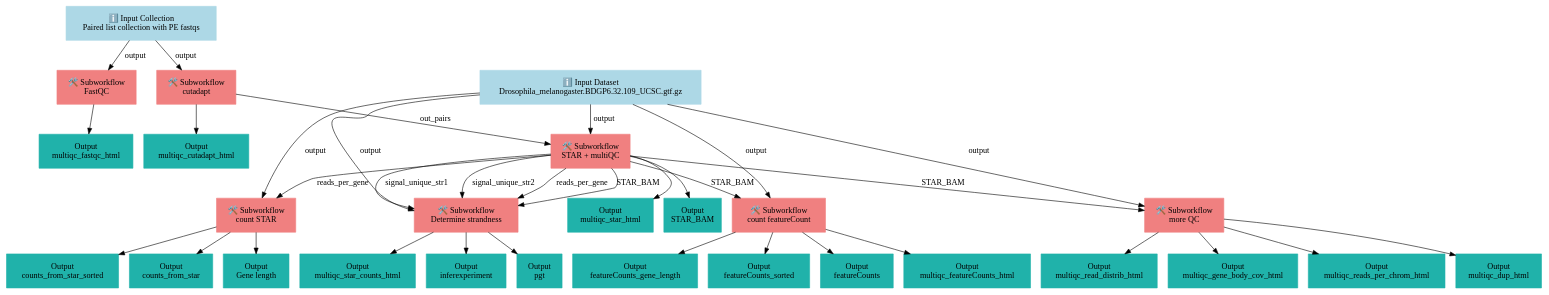
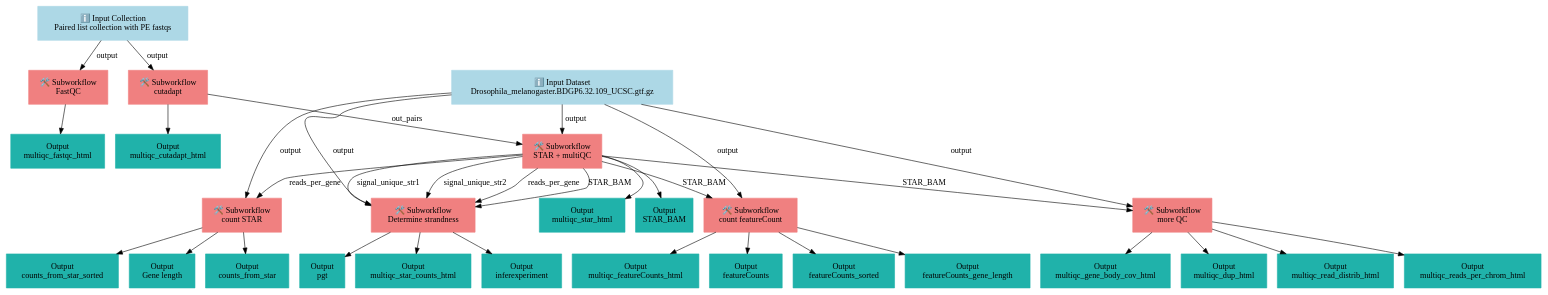
One commit to galaxyproject/training-material changed the diagram in api/workflows/transcriptomics/ref-based/qc-mapping-counting/graph.dot. Above: the diagram before and after it, drawn with Graphviz. The commit also changed other lines of this file and 8333 other files, not shown here.

```diff
--- a/api/workflows/transcriptomics/ref-based/qc-mapping-counting/graph.dot
+++ b/api/workflows/transcriptomics/ref-based/qc-mapping-counting/graph.dot
@@ -1,64 +1,64 @@
 digraph main {
   node [fontname="Atkinson Hyperlegible", shape=box, color=white,style=filled,color=peachpuff,margin="0.2,0.2"];
   edge [fontname="Atkinson Hyperlegible"];
   0[color=lightblue,label="ℹ️ Input Collection\nPaired list collection with PE fastqs"]
   1[color=lightblue,label="ℹ️ Input Dataset\nDrosophila_melanogaster.BDGP6.32.109_UCSC.gtf.gz"]
   2[color=lightcoral,label="🛠️ Subworkflow\nFastQC"]
   0 -> 2 [label="output"]
   k5f7652f1e2254ad18dbd4d21544edb89[color=lightseagreen,label="Output\nmultiqc_fastqc_html"]
   2 -> k5f7652f1e2254ad18dbd4d21544edb89
   3[color=lightcoral,label="🛠️ Subworkflow\ncutadapt"]
   0 -> 3 [label="output"]
   k41c7fbb5655b457c8ba70e2eeab3d7ee[color=lightseagreen,label="Output\nmultiqc_cutadapt_html"]
   3 -> k41c7fbb5655b457c8ba70e2eeab3d7ee
   4[color=lightcoral,label="🛠️ Subworkflow\nSTAR + multiQC"]
   1 -> 4 [label="output"]
   3 -> 4 [label="out_pairs"]
   k8aa5ef303f094a93944d0d89101c056a[color=lightseagreen,label="Output\nmultiqc_star_html"]
   4 -> k8aa5ef303f094a93944d0d89101c056a
   k11af5c5791b4496c9b0cb02904963f81[color=lightseagreen,label="Output\nSTAR_BAM"]
   4 -> k11af5c5791b4496c9b0cb02904963f81
   5[color=lightcoral,label="🛠️ Subworkflow\nmore QC"]
   1 -> 5 [label="output"]
   4 -> 5 [label="STAR_BAM"]
+  kf2eed352ca214d658810f5a1d3c282b4[color=lightseagreen,label="Output\nmultiqc_read_distrib_html"]
+  5 -> kf2eed352ca214d658810f5a1d3c282b4
   kb306cb12a2754c6db60947fdc208864b[color=lightseagreen,label="Output\nmultiqc_reads_per_chrom_html"]
   5 -> kb306cb12a2754c6db60947fdc208864b
+  k3375d63ccdc34fbb8a556f504c934918[color=lightseagreen,label="Output\nmultiqc_gene_body_cov_html"]
+  5 -> k3375d63ccdc34fbb8a556f504c934918
   k3ea82568569849a788fe91381070aac2[color=lightseagreen,label="Output\nmultiqc_dup_html"]
   5 -> k3ea82568569849a788fe91381070aac2
-  kf2eed352ca214d658810f5a1d3c282b4[color=lightseagreen,label="Output\nmultiqc_read_distrib_html"]
-  5 -> kf2eed352ca214d658810f5a1d3c282b4
-  k3375d63ccdc34fbb8a556f504c934918[color=lightseagreen,label="Output\nmultiqc_gene_body_cov_html"]
-  5 -> k3375d63ccdc34fbb8a556f504c934918
   6[color=lightcoral,label="🛠️ Subworkflow\nDetermine strandness"]
   4 -> 6 [label="STAR_BAM"]
   1 -> 6 [label="output"]
   4 -> 6 [label="signal_unique_str1"]
   4 -> 6 [label="signal_unique_str2"]
   4 -> 6 [label="reads_per_gene"]
+  kfb810859f2d043f8ac7c5c714c5c6805[color=lightseagreen,label="Output\ninferexperiment"]
+  6 -> kfb810859f2d043f8ac7c5c714c5c6805
   k9727824a3eb2443092d1b3c40c3041d1[color=lightseagreen,label="Output\npgt"]
   6 -> k9727824a3eb2443092d1b3c40c3041d1
   k105313d8e31a405d8fcdcc5fd93275e2[color=lightseagreen,label="Output\nmultiqc_star_counts_html"]
   6 -> k105313d8e31a405d8fcdcc5fd93275e2
-  kfb810859f2d043f8ac7c5c714c5c6805[color=lightseagreen,label="Output\ninferexperiment"]
-  6 -> kfb810859f2d043f8ac7c5c714c5c6805
   7[color=lightcoral,label="🛠️ Subworkflow\ncount STAR"]
   1 -> 7 [label="output"]
   4 -> 7 [label="reads_per_gene"]
+  k5fee8aff402343f1a653f5af5357d798[color=lightseagreen,label="Output\ncounts_from_star"]
+  7 -> k5fee8aff402343f1a653f5af5357d798
+  kbd3388e65b454fdc97803efd1c34ebf8[color=lightseagreen,label="Output\ncounts_from_star_sorted"]
+  7 -> kbd3388e65b454fdc97803efd1c34ebf8
   k7b7c698b48084b45adf1686f8d273d18[color=lightseagreen,label="Output\nGene length"]
   7 -> k7b7c698b48084b45adf1686f8d273d18
-  kbd3388e65b454fdc97803efd1c34ebf8[color=lightseagreen,label="Output\ncounts_from_star_sorted"]
-  7 -> kbd3388e65b454fdc97803efd1c34ebf8
-  k5fee8aff402343f1a653f5af5357d798[color=lightseagreen,label="Output\ncounts_from_star"]
-  7 -> k5fee8aff402343f1a653f5af5357d798
   8[color=lightcoral,label="🛠️ Subworkflow\ncount featureCount"]
   1 -> 8 [label="output"]
   4 -> 8 [label="STAR_BAM"]
+  kf0de47144df8450690d9384537ad663e[color=lightseagreen,label="Output\nfeatureCounts_sorted"]
+  8 -> kf0de47144df8450690d9384537ad663e
+  k8b9d6c766e824691b8bc9996d6ae1594[color=lightseagreen,label="Output\nfeatureCounts_gene_length"]
+  8 -> k8b9d6c766e824691b8bc9996d6ae1594
+  k152ba01ed4f24227881287648a1c19ea[color=lightseagreen,label="Output\nmultiqc_featureCounts_html"]
+  8 -> k152ba01ed4f24227881287648a1c19ea
   k46c7a2e878194715a0287ad1de9ed605[color=lightseagreen,label="Output\nfeatureCounts"]
   8 -> k46c7a2e878194715a0287ad1de9ed605
-  k152ba01ed4f24227881287648a1c19ea[color=lightseagreen,label="Output\nmultiqc_featureCounts_html"]
-  8 -> k152ba01ed4f24227881287648a1c19ea
-  k8b9d6c766e824691b8bc9996d6ae1594[color=lightseagreen,label="Output\nfeatureCounts_gene_length"]
-  8 -> k8b9d6c766e824691b8bc9996d6ae1594
-  kf0de47144df8450690d9384537ad663e[color=lightseagreen,label="Output\nfeatureCounts_sorted"]
-  8 -> kf0de47144df8450690d9384537ad663e
 }
```
